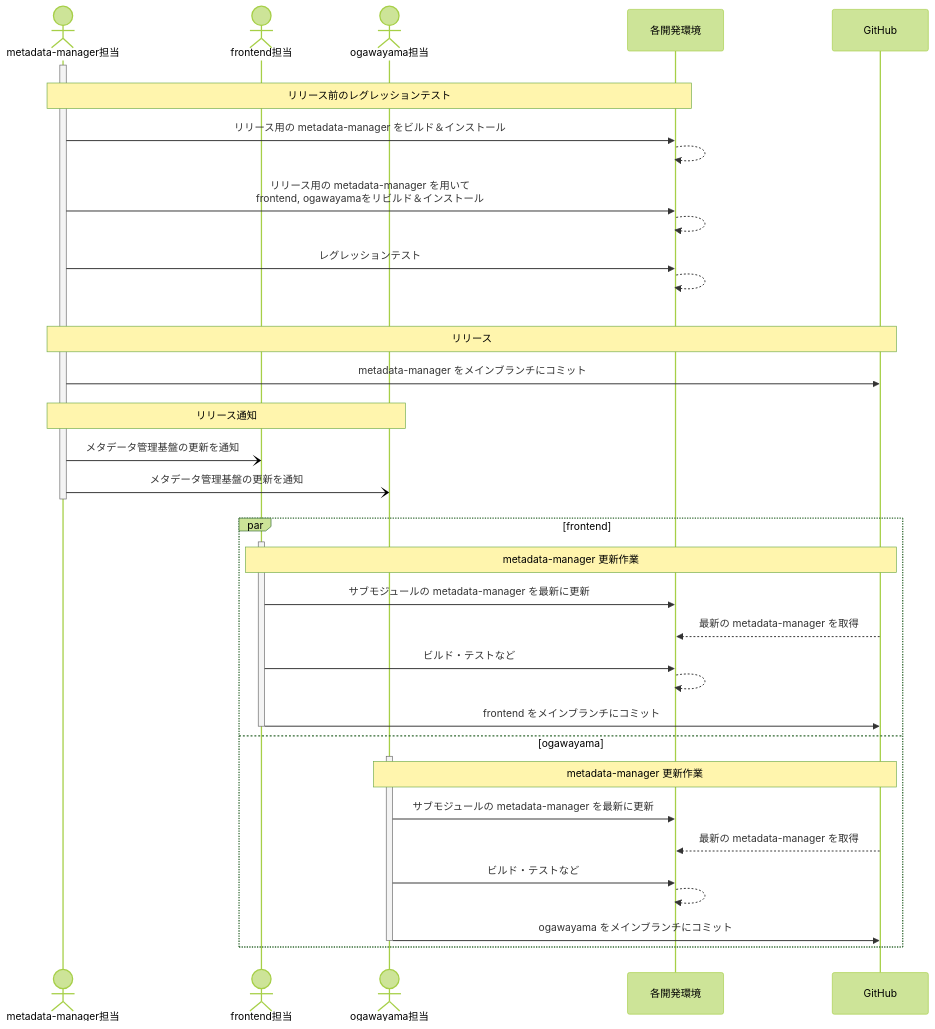
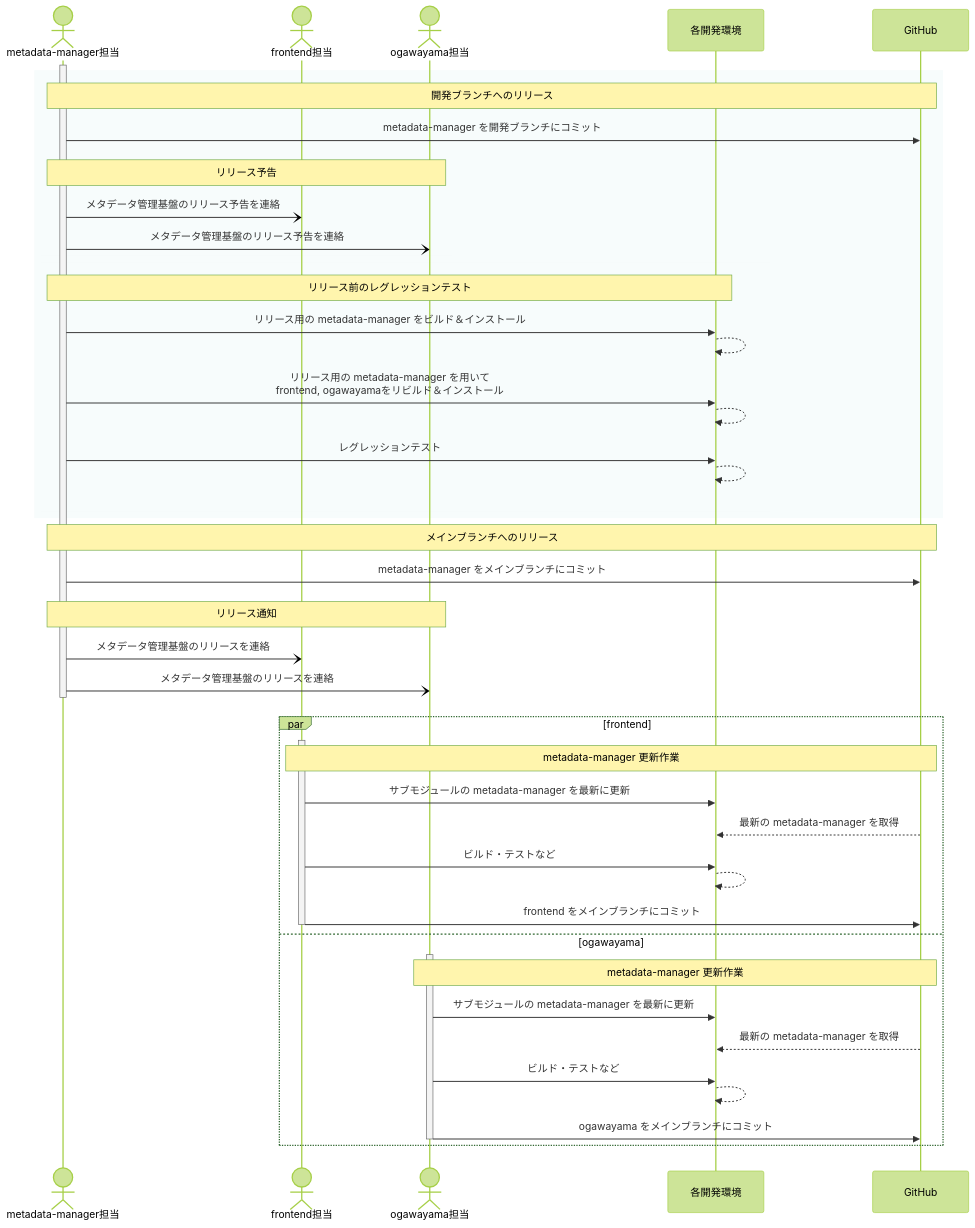
The diagram in docs/metadata-manager_release_procedures.md (project-tsurugi/metadata-manager), drawn with Mermaid (forest theme) before and after one commit. The commit also changed other lines of this file, not shown here.

````diff
--- a/docs/metadata-manager_release_procedures.md
+++ b/docs/metadata-manager_release_procedures.md
@@ -46,55 +48,66 @@
 ```mermaid
 sequenceDiagram
 
 actor UsrMetaMng as metadata-manager担当
 actor UsrFrontend as frontend担当
 actor UsrOgawayama as ogawayama担当
 participant Local as 各開発環境
 participant Remote as GitHub
 
 rect rgb(255, 255, 255)
   activate UsrMetaMng
-    rect rgb(255, 255, 255)
-      Note over UsrMetaMng,Local: リリース前のレグレッションテスト
-      UsrMetaMng ->> Local: リリース用の metadata-manager をビルド＆インストール
-      Local -->> Local: 
-      UsrMetaMng ->> Local: リリース用の metadata-manager を用いて<br>frontend, ogawayamaをリビルド＆インストール
-      Local -->> Local: 
-      UsrMetaMng ->> Local: レグレッションテスト
-      Local -->> Local: 
+    rect rgb(247, 252, 252)
+      Note over UsrMetaMng,Remote: 開発ブランチへのリリース
+      UsrMetaMng ->> Remote: metadata-manager を開発ブランチにコミット
+
+      rect rgb(247, 252, 252)
+        Note over UsrMetaMng,UsrOgawayama: リリース予告
+        UsrMetaMng -) UsrFrontend: メタデータ管理基盤のリリース予告を連絡
+        UsrMetaMng -) UsrOgawayama: メタデータ管理基盤のリリース予告を連絡
+      end
+
+      rect rgb(247, 252, 252)
+        Note over UsrMetaMng,Local: リリース前のレグレッションテスト
+        UsrMetaMng ->> Local: リリース用の metadata-manager をビルド＆インストール
+        Local -->> Local: 
+        UsrMetaMng ->> Local: リリース用の metadata-manager を用いて<br>frontend, ogawayamaをリビルド＆インストール
+        Local -->> Local: 
+        UsrMetaMng ->> Local: レグレッションテスト
+        Local -->> Local: 
+      end
     end
 
-    Note over UsrMetaMng,Remote: リリース
+    Note over UsrMetaMng,Remote: メインブランチへのリリース
     UsrMetaMng ->> Remote: metadata-manager をメインブランチにコミット
 
     rect rgb(255, 255, 255)
       Note over UsrMetaMng,UsrOgawayama: リリース通知
-      UsrMetaMng -) UsrFrontend: メタデータ管理基盤の更新を通知
-      UsrMetaMng -) UsrOgawayama: メタデータ管理基盤の更新を通知
+      UsrMetaMng -) UsrFrontend: メタデータ管理基盤のリリースを連絡
+      UsrMetaMng -) UsrOgawayama: メタデータ管理基盤のリリースを連絡
     end
   deactivate UsrMetaMng
 
   rect rgb(255, 255, 255)
     par frontend
       activate UsrFrontend
         Note over UsrFrontend,Remote: metadata-manager 更新作業
         UsrFrontend ->> Local: サブモジュールの metadata-manager を最新に更新
         Remote -->> Local: 最新の metadata-manager を取得
         UsrFrontend ->> Local: ビルド・テストなど
         Local -->> Local: 
         UsrFrontend ->> Remote: frontend をメインブランチにコミット
       deactivate UsrFrontend
 
     and ogawayama
       activate UsrOgawayama
         Note over UsrOgawayama,Remote: metadata-manager 更新作業
         UsrOgawayama ->> Local: サブモジュールの metadata-manager を最新に更新
         Remote -->> Local: 最新の metadata-manager を取得
         UsrOgawayama ->> Local: ビルド・テストなど
         Local -->> Local: 
         UsrOgawayama ->> Remote: ogawayama をメインブランチにコミット
       deactivate UsrOgawayama
     end
   end
 end
 ```
````
